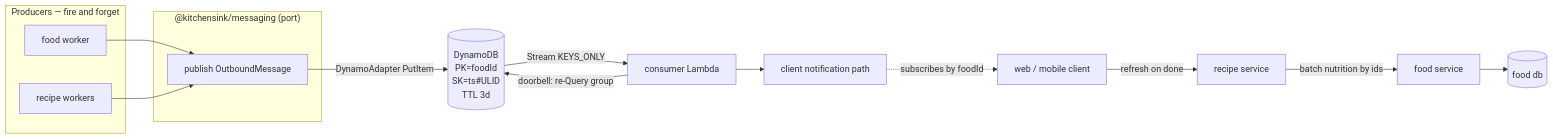
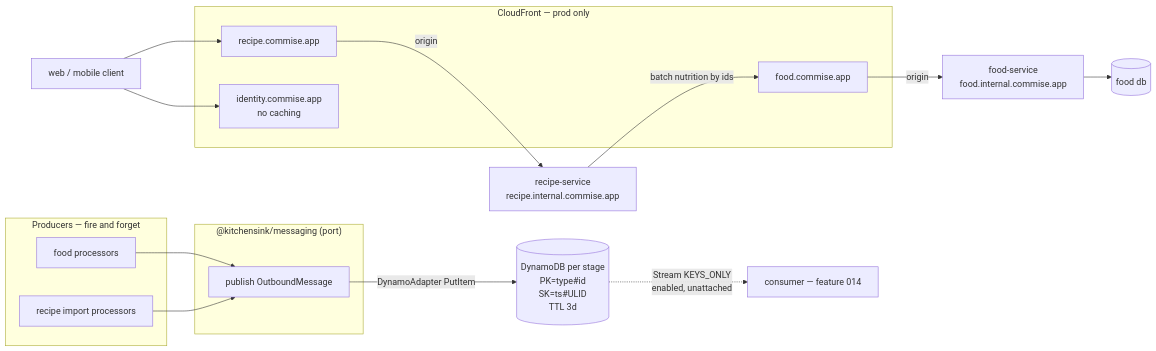
One commit to radicle-co/KitchenSink changed the diagram in docs/plans/2026-08-15-001-feat-pr91-foundation-hardening-plan.md. Above: the diagram before and after it, drawn with Mermaid. The commit also changed other lines of this file and 32 other files, not shown here.

````diff
--- a/docs/plans/2026-08-15-001-feat-pr91-foundation-hardening-plan.md
+++ b/docs/plans/2026-08-15-001-feat-pr91-foundation-hardening-plan.md
@@ -92,20 +160,26 @@
 ```mermaid
 flowchart LR
     subgraph producers[Producers — fire and forget]
-        FW[food worker]
-        RW[recipe workers]
+        FW[food processors]
+        RW[recipe import processors]
     end
     subgraph port["@kitchensink/messaging (port)"]
         P[publish OutboundMessage]
     end
     FW --> P
     RW --> P
-    P -->|DynamoAdapter PutItem| T[(DynamoDB<br/>PK=foodId<br/>SK=ts#ULID<br/>TTL 3d)]
-    T -->|Stream KEYS_ONLY| L[consumer Lambda]
-    L -->|doorbell: re-Query group| T
-    L --> N[client notification path]
-    N -.subscribes by foodId.-> C[web / mobile client]
-    C -->|refresh on done| RS[recipe service]
-    RS -->|batch nutrition by ids| FS[food service]
+    P -->|DynamoAdapter PutItem| T[(DynamoDB per stage<br/>PK=type#id<br/>SK=ts#ULID<br/>TTL 3d)]
+    T -.->|Stream KEYS_ONLY<br/>enabled, unattached| F014[consumer — feature 014]
+
+    subgraph edge[CloudFront — prod only]
+        CFF[food.commise.app]
+        CFR[recipe.commise.app]
+        CFI[identity.commise.app<br/>no caching]
+    end
+    C[web / mobile client] --> CFR
+    CFR -->|origin| RS[recipe-service<br/>recipe.internal.commise.app]
+    RS -->|batch nutrition by ids| CFF
+    CFF -->|origin| FS[food-service<br/>food.internal.commise.app]
     FS --> FDB[(food db)]
+    C --> CFI
 ```
````
